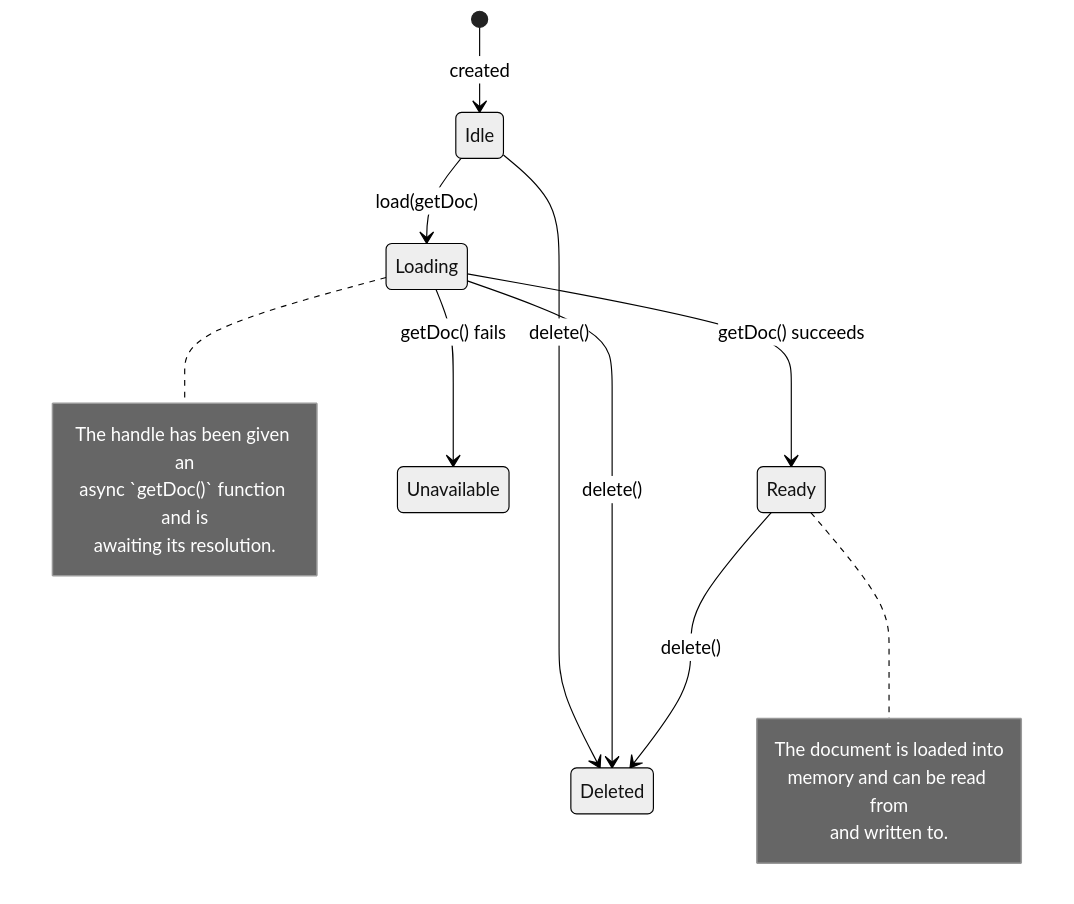
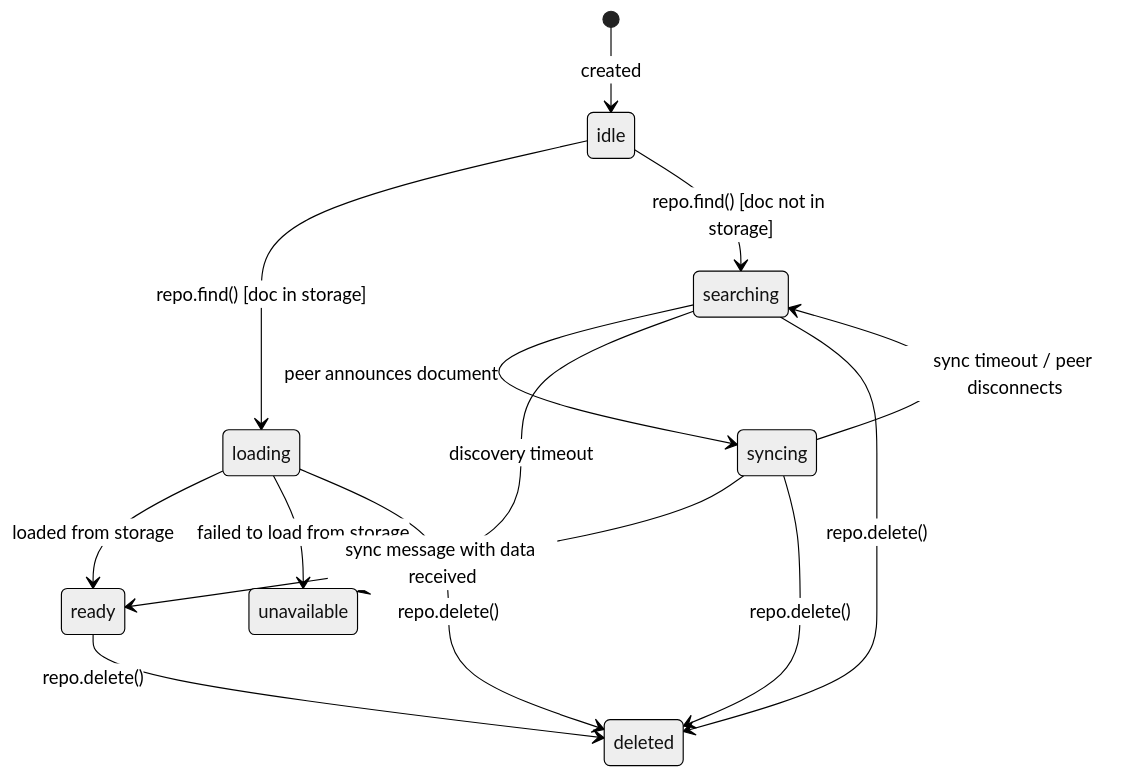
One commit to SchoolAI/loro-extended changed the diagram in packages/repo/src/doc-handle.md. Above: the diagram before and after it, drawn with Mermaid (neutral theme). The commit also changed other lines of this file and 7 other files, not shown here.

Commit message:
Add searching and syncing states to doc-handle

````diff
--- a/packages/repo/src/doc-handle.md
+++ b/packages/repo/src/doc-handle.md
@@ -20,24 +20,20 @@
 ```mermaid
 stateDiagram-v2
-    [*] --> Idle: created
+    [*] --> idle: created
 
-    Idle --> Loading: load(getDoc)
-    Loading --> Ready: getDoc() succeeds
-    Loading --> Unavailable: getDoc() fails
-
-    Idle --> Deleted: delete()
-    Loading --> Deleted: delete()
-    Ready --> Deleted: delete()
-
-    note right of Loading
-        The handle has been given an
-        async `getDoc()` function and is
-        awaiting its resolution.
-    end note
-
-    note right of Ready
-        The document is loaded into
-        memory and can be read from
-        and written to.
-    end note
+    idle --> loading: repo.find() [doc in storage]
+    loading --> ready: loaded from storage
+    loading --> unavailable: failed to load from storage
+    
+    idle --> searching: repo.find() [doc not in storage]
+    searching --> syncing: peer announces document
+    searching --> unavailable: discovery timeout
+    
+    syncing --> ready: sync message with data received
+    syncing --> searching: sync timeout / peer disconnects
+    
+    ready --> deleted: repo.delete()
+    searching --> deleted: repo.delete()
+    syncing --> deleted: repo.delete()
+    loading --> deleted: repo.delete()
 ```
````
